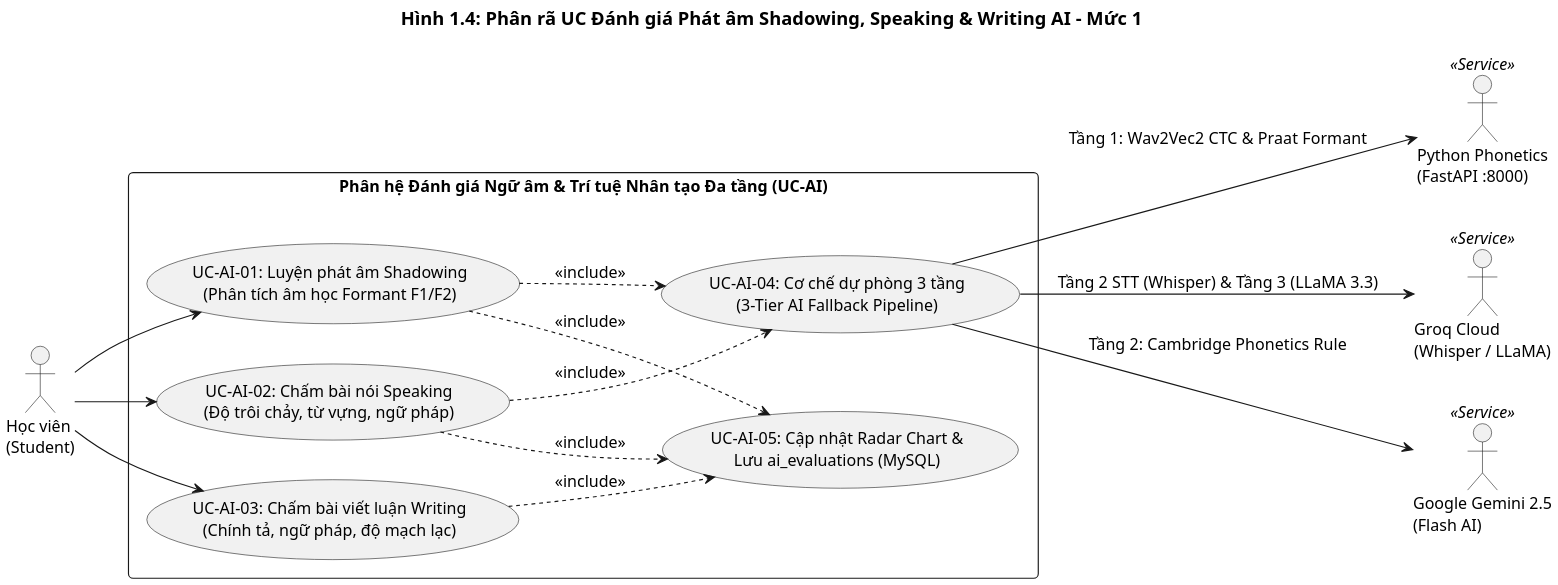
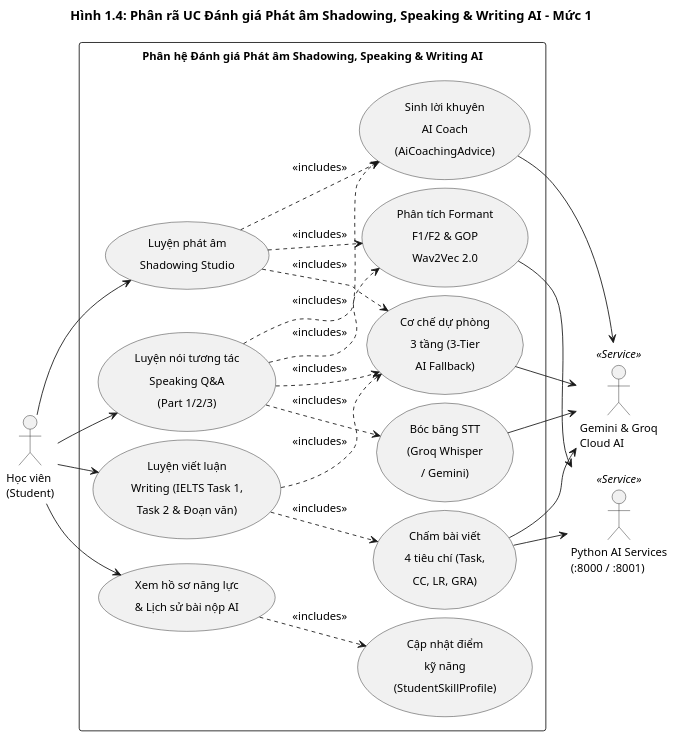
The diagram in plantuml_diagrams/Hinh_1_4_Phan_ra_UC_Danh_gia_Phat_am_Shadowing_Speaking_Writing_AI_Muc_1.puml (TrungPham1126/englishlearning), drawn with PlantUML before and after one commit. The commit also changed 126 other files, not shown here.

First line of the commit message:
feat: cải thiện luyện nói, chấm điểm Speaking và trải nghiệm làm bài

```diff
--- a/plantuml_diagrams/Hinh_1_4_Phan_ra_UC_Danh_gia_Phat_am_Shadowing_Speaking_Writing_AI_Muc_1.puml
+++ b/plantuml_diagrams/Hinh_1_4_Phan_ra_UC_Danh_gia_Phat_am_Shadowing_Speaking_Writing_AI_Muc_1.puml
@@ -1,39 +1,59 @@
 @startuml Hinh_1_4_Phan_ra_UC_Danh_gia_Phat_am_Shadowing_Speaking_Writing_AI_Muc_1
 title Hình 1.4: Phân rã UC Đánh giá Phát âm Shadowing, Speaking & Writing AI - Mức 1
 left to right direction
-skinparam dpi 200
+skinparam dpi 150
 skinparam monochrome true
 skinparam shadowing false
+skinparam backgroundColor #FFFFFF
+skinparam defaultFontName Arial
+skinparam defaultFontSize 13
+skinparam titleFontSize 15
+skinparam titleFontStyle bold
+skinparam roundcorner 6
+skinparam padding 4
 skinparam packageStyle rectangle
-skinparam defaultFontName Arial
-skinparam defaultFontSize 14
-skinparam titleFontSize 16
-skinparam roundcorner 8
+skinparam nodesep 10
+skinparam ranksep 12
 
 actor "Học viên\n(Student)" as Student
-actor "Python Phonetics\n(FastAPI :8000)" as PythonService <<Service>>
-actor "Groq Cloud\n(Whisper / LLaMA)" as GroqCloud <<Service>>
-actor "Google Gemini 2.5\n(Flash AI)" as GeminiAI <<Service>>
 
-rectangle "Phân hệ Đánh giá Ngữ âm & Trí tuệ Nhân tạo Đa tầng (UC-AI)" {
-    usecase "UC-AI-01: Luyện phát âm Shadowing\n(Phân tích âm học Formant F1/F2)" as UC_SHADOW
-    usecase "UC-AI-02: Chấm bài nói Speaking\n(Độ trôi chảy, từ vựng, ngữ pháp)" as UC_SPEAK
-    usecase "UC-AI-03: Chấm bài viết luận Writing\n(Chính tả, ngữ pháp, độ mạch lạc)" as UC_WRITE
-    usecase "UC-AI-04: Cơ chế dự phòng 3 tầng\n(3-Tier AI Fallback Pipeline)" as UC_FALLBACK
-    usecase "UC-AI-05: Cập nhật Radar Chart &\nLưu ai_evaluations (MySQL)" as UC_UPDATE
+rectangle "Phân hệ Đánh giá Phát âm Shadowing, Speaking & Writing AI" {
+    usecase "Luyện phát âm\nShadowing Studio" as UC_SHADOW
+    usecase "Luyện nói tương tác\nSpeaking Q&A\n(Part 1/2/3)" as UC_SPEAK
+    usecase "Luyện viết luận\nWriting (IELTS Task 1,\nTask 2 & Đoạn văn)" as UC_WRITE
+    usecase "Xem hồ sơ năng lực\n& Lịch sử bài nộp AI" as UC_RADAR
+
+    usecase "Phân tích Formant\nF1/F2 & GOP\nWav2Vec 2.0" as UC_PHONETIC
+    usecase "Bóc băng STT\n(Groq Whisper\n/ Gemini)" as UC_STT
+    usecase "Chấm bài viết\n4 tiêu chí (Task,\nCC, LR, GRA)" as UC_WRITE_SCORE
+    usecase "Sinh lời khuyên\nAI Coach\n(AiCoachingAdvice)" as UC_COACH
+    usecase "Cơ chế dự phòng\n3 tầng (3-Tier\nAI Fallback)" as UC_FALLBACK
+    usecase "Cập nhật điểm\nkỹ năng\n(StudentSkillProfile)" as UC_SKILL
 }
+
+actor "Python AI Services\n(:8000 / :8001)" as PythonService <<Service>>
+actor "Gemini & Groq\nCloud AI" as CloudAI <<Service>>
 
 Student --> UC_SHADOW
 Student --> UC_SPEAK
 Student --> UC_WRITE
+Student --> UC_RADAR
 
-UC_SHADOW ..> UC_FALLBACK : <<include>>
-UC_SPEAK ..> UC_FALLBACK : <<include>>
-UC_SHADOW ..> UC_UPDATE : <<include>>
-UC_SPEAK ..> UC_UPDATE : <<include>>
-UC_WRITE ..> UC_UPDATE : <<include>>
+UC_SHADOW ..> UC_PHONETIC : <<includes>>
+UC_SPEAK ..> UC_STT : <<includes>>
+UC_SPEAK ..> UC_PHONETIC : <<includes>>
+UC_SHADOW ..> UC_COACH : <<includes>>
+UC_SPEAK ..> UC_COACH : <<includes>>
+UC_WRITE ..> UC_WRITE_SCORE : <<includes>>
+UC_SHADOW ..> UC_FALLBACK : <<includes>>
+UC_SPEAK ..> UC_FALLBACK : <<includes>>
+UC_WRITE ..> UC_FALLBACK : <<includes>>
+UC_RADAR ..> UC_SKILL : <<includes>>
 
-UC_FALLBACK --> PythonService : Tầng 1: Wav2Vec2 CTC & Praat Formant
-UC_FALLBACK --> GroqCloud : Tầng 2 STT (Whisper) & Tầng 3 (LLaMA 3.3)
-UC_FALLBACK --> GeminiAI : Tầng 2: Cambridge Phonetics Rule
+UC_PHONETIC --> PythonService
+UC_WRITE_SCORE --> PythonService
+UC_STT --> CloudAI
+UC_WRITE_SCORE --> CloudAI
+UC_COACH --> CloudAI
+UC_FALLBACK --> CloudAI
 @enduml
```
